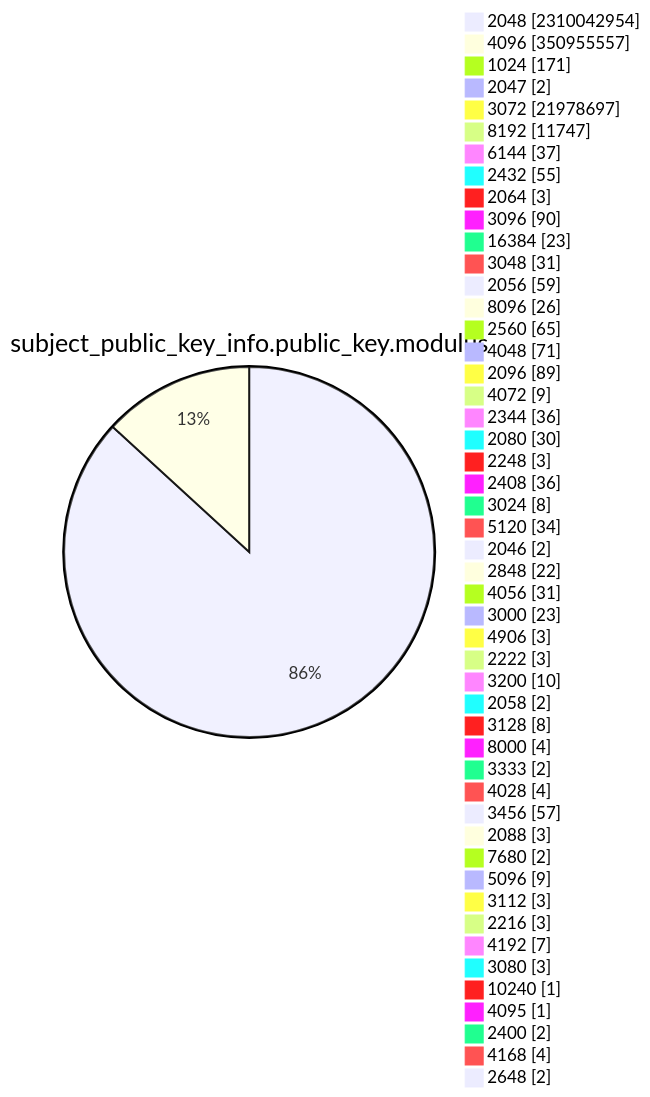
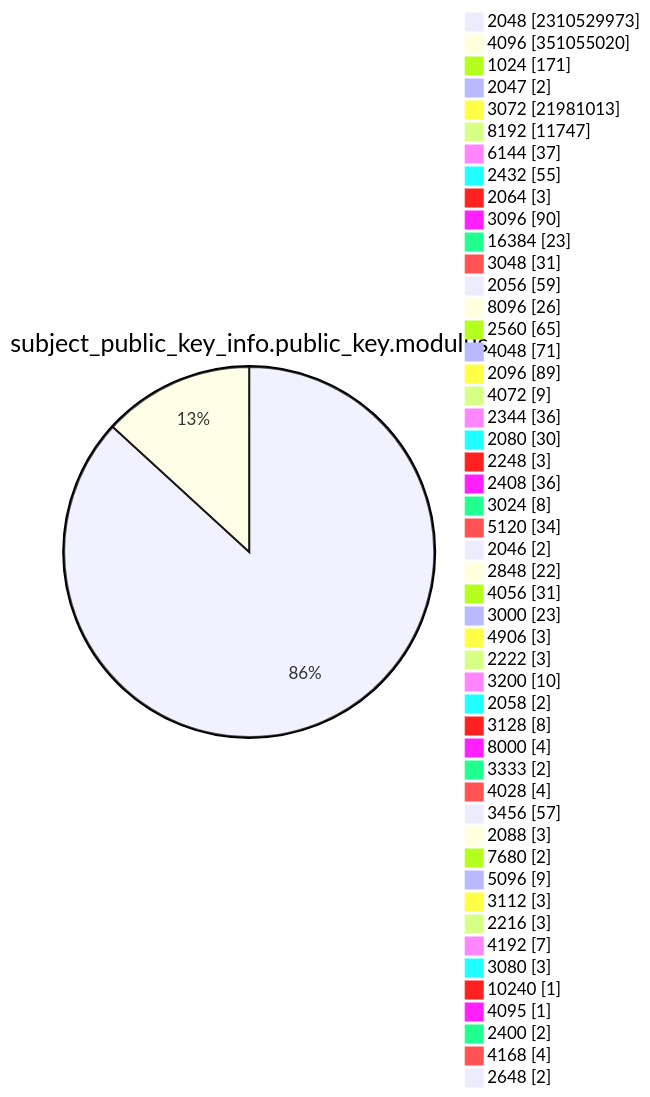
Before and after one commit to christiankrug/ctmonitor_visualization: diagram 13 of 15 in TOTAL/README.md, drawn with Mermaid. The commit also changed other lines of this file, not shown here.

````diff
--- a/TOTAL/README.md
+++ b/TOTAL/README.md
@@ -4165,53 +4165,53 @@
 ```mermaid
 pie showData
 title subject_public_key_info.public_key.modulus
-"2048" :2310042954
-"4096" :350955557
+"2048" :2310529973
+"4096" :351055020
 "1024" :171
 "2047" :2
-"3072" :21978697
+"3072" :21981013
 "8192" :11747
 "6144" :37
 "2432" :55
 "2064" :3
 "3096" :90
 "16384" :23
 "3048" :31
 "2056" :59
 "8096" :26
 "2560" :65
 "4048" :71
 "2096" :89
 "4072" :9
 "2344" :36
 "2080" :30
 "2248" :3
 "2408" :36
 "3024" :8
 "5120" :34
 "2046" :2
 "2848" :22
 "4056" :31
 "3000" :23
 "4906" :3
 "2222" :3
 "3200" :10
 "2058" :2
 "3128" :8
 "8000" :4
 "3333" :2
 "4028" :4
 "3456" :57
 "2088" :3
 "7680" :2
 "5096" :9
 "3112" :3
 "2216" :3
 "4192" :7
 "3080" :3
 "10240" :1
 "4095" :1
 "2400" :2
 "4168" :4
 "2648" :2
 ```
````
